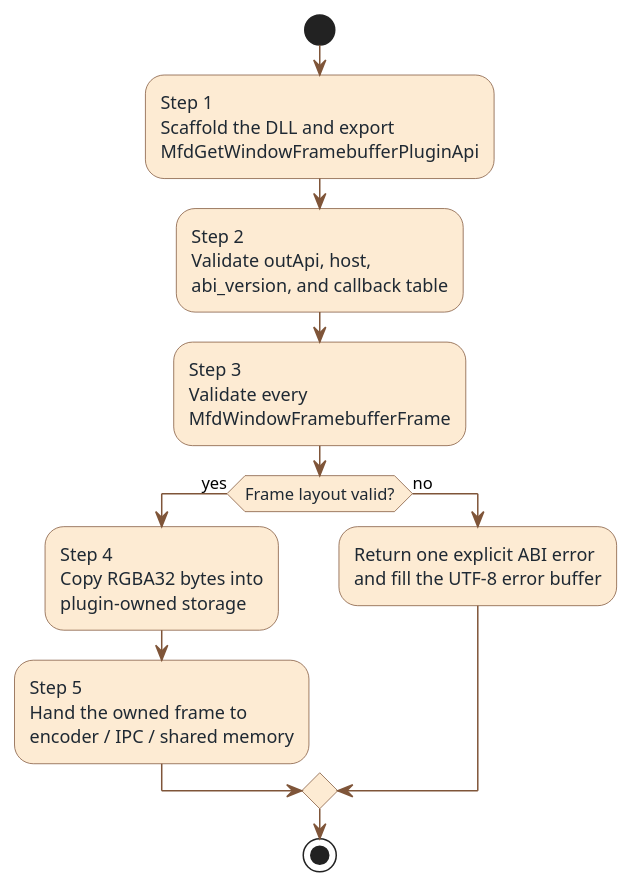
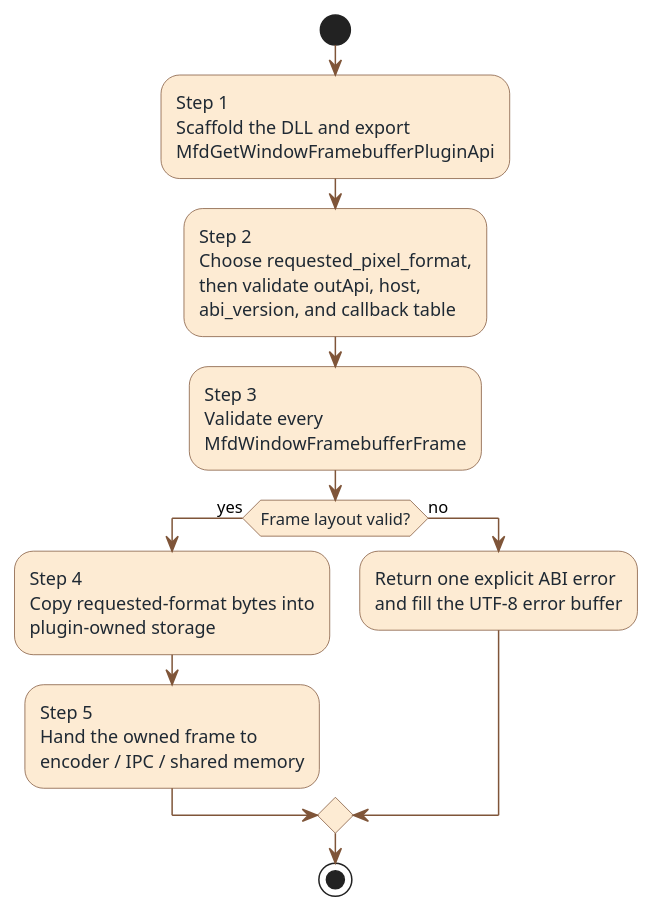
One commit to benoitfragit/MFDStudio changed the diagram in docs/user_guide/diagrams/18_framebuffer_plugin_integration_steps.puml. Above: the diagram before and after it, drawn with PlantUML. The commit also changed 19 other files, not shown here.

```diff
--- a/docs/user_guide/diagrams/18_framebuffer_plugin_integration_steps.puml
+++ b/docs/user_guide/diagrams/18_framebuffer_plugin_integration_steps.puml
@@ -1,29 +1,29 @@
 @startuml
 skinparam backgroundColor #FFFFFF
 skinparam shadowing false
 skinparam defaultFontName Segoe UI
 skinparam activity {
   DiamondBorderColor #7F5539
   DiamondBackgroundColor #FFF3D6
   BorderColor #7F5539
   BackgroundColor #FDEBD3
   FontColor #1F2933
   ArrowColor #7F5539
 }
 
 start
 :Step 1\nScaffold the DLL and export\nMfdGetWindowFramebufferPluginApi;
 
-:Step 2\nValidate outApi, host,\nabi_version, and callback table;
+:Step 2\nChoose requested_pixel_format,\nthen validate outApi, host,\nabi_version, and callback table;
 
 :Step 3\nValidate every\nMfdWindowFramebufferFrame;
 
 if (Frame layout valid?) then (yes)
-  :Step 4\nCopy RGBA32 bytes into\nplugin-owned storage;
+  :Step 4\nCopy requested-format bytes into\nplugin-owned storage;
   :Step 5\nHand the owned frame to\nencoder / IPC / shared memory;
 else (no)
   :Return one explicit ABI error\nand fill the UTF-8 error buffer;
 endif
 
 stop
 @enduml
```
